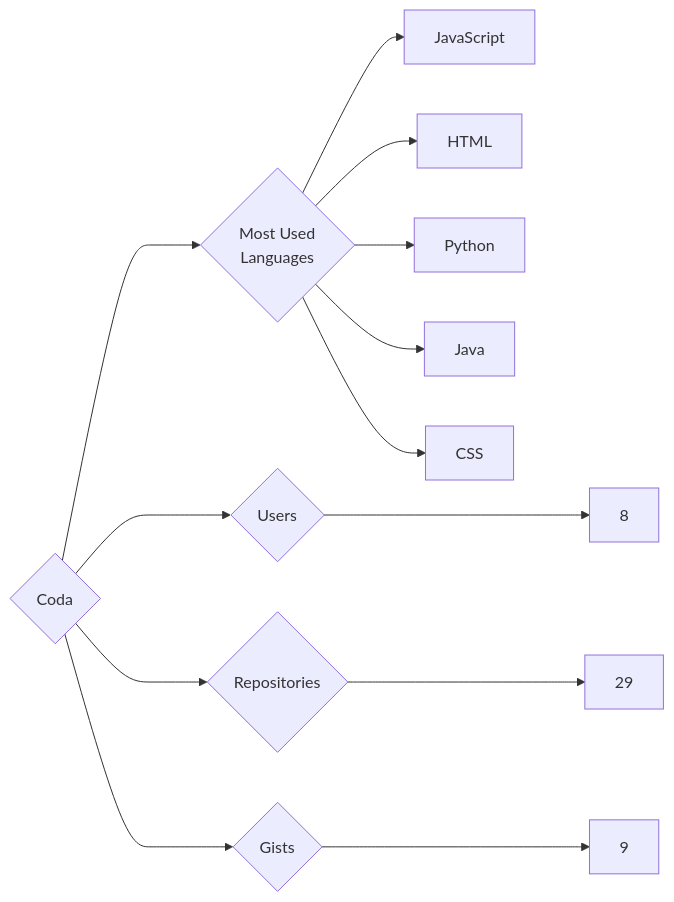
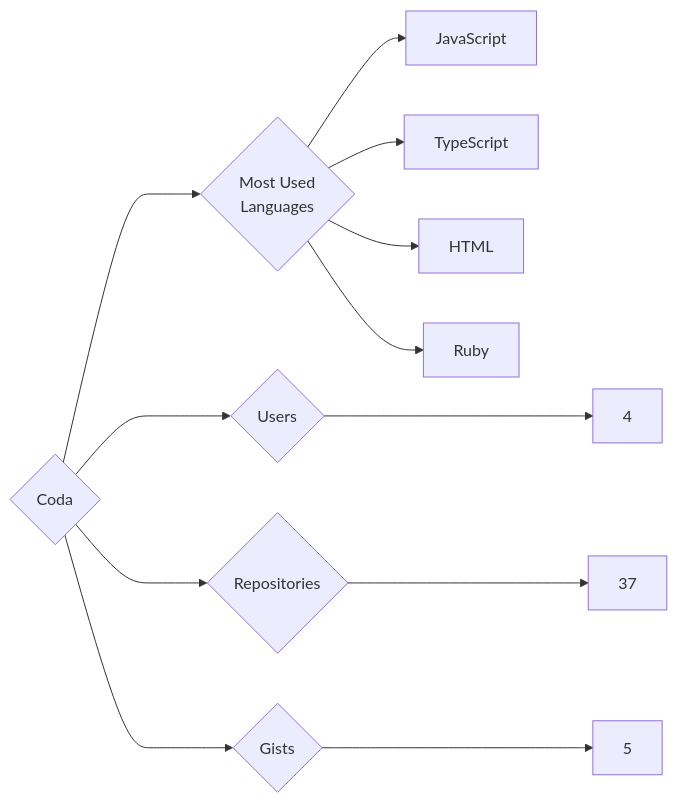
The diagram in targets/Coda/README.md (trickest/insiders), drawn with Mermaid before and after one commit. The commit also changed 1149 other files, not shown here.

````diff
--- a/targets/Coda/README.md
+++ b/targets/Coda/README.md
@@ -3,13 +3,12 @@
 ```mermaid
 graph LR
 COMPANY_NAME{Coda}
-COMPANY_NAME ---> U{Users} ---> UN[8]
-COMPANY_NAME ---> R{Repositories} ---> RN[29]
-COMPANY_NAME ---> G{Gists} ---> GN[9]
+COMPANY_NAME ---> U{Users} ---> UN[4]
+COMPANY_NAME ---> R{Repositories} ---> RN[37]
+COMPANY_NAME ---> G{Gists} ---> GN[5]
 COMPANY_NAME ---> ML{Most Used<br>Languages}
 ML --> JavaScript[JavaScript]
+ML --> TypeScript[TypeScript]
 ML --> HTML[HTML]
-ML --> Python[Python]
-ML --> Java[Java]
-ML --> CSS[CSS]
+ML --> Ruby[Ruby]
 ```
````
